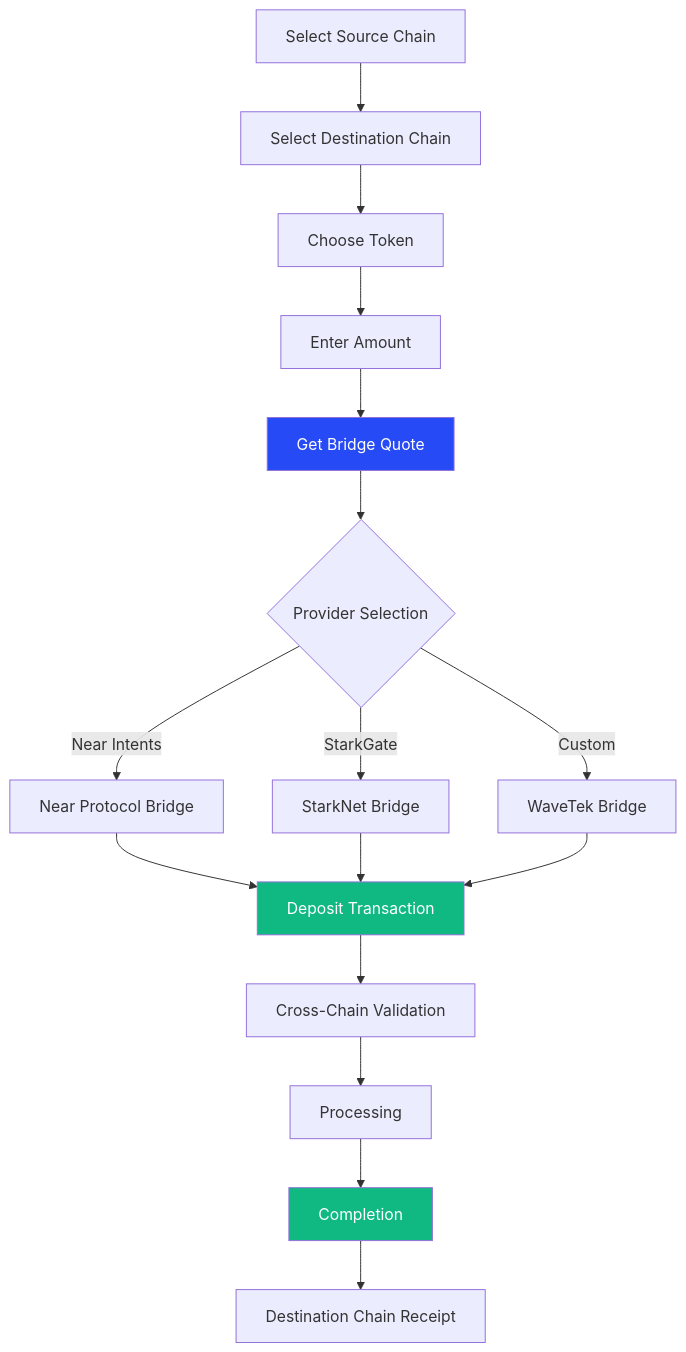
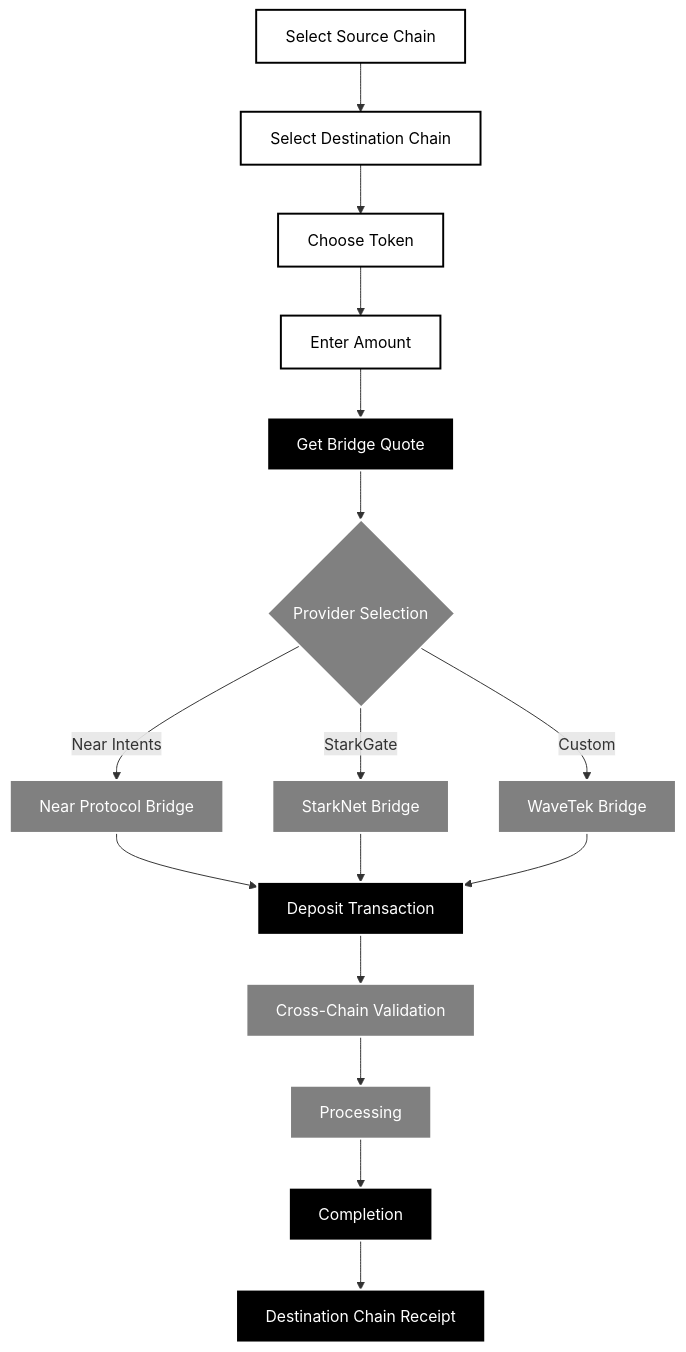
Before and after one commit to WaveTek-co/WaveSwap: the fifth of 9 diagrams in WHAT.md, drawn with Mermaid. The commit also changed other lines of this file and 56 other files, not shown here.

````diff
--- a/WHAT.md
+++ b/WHAT.md
@@ -179,25 +192,29 @@
 ```mermaid
 flowchart TD
     A[Select Source Chain] --> B[Select Destination Chain]
     B --> C[Choose Token]
     C --> D[Enter Amount]
     D --> E[Get Bridge Quote]
     E --> F{Provider Selection}
 
     F -->|Near Intents| G[Near Protocol Bridge]
     F -->|StarkGate| H[StarkNet Bridge]
     F -->|Custom| I[WaveTek Bridge]
 
     G --> J[Deposit Transaction]
     H --> J
     I --> J
 
     J --> K[Cross-Chain Validation]
     K --> L[Processing]
     L --> M[Completion]
     M --> N[Destination Chain Receipt]
 
-    style E fill:#264af5,color:#fff
-    style J fill:#10b981,color:#fff
-    style M fill:#10b981,color:#fff
+    classDef orcaPrimary fill:#000000,color:#ffffff,stroke:#ffffff,stroke-width:2px
+    classDef orcaSecondary fill:#ffffff,color:#000000,stroke:#000000,stroke-width:2px
+    classDef orcaSuccess fill:#808080,color:#ffffff,stroke:#ffffff,stroke-width:2px
+
+    class E,M,J,N orcaPrimary
+    class F,G,H,I,K,L orcaSuccess
+    class A,B,C,D orcaSecondary
 ```
````
